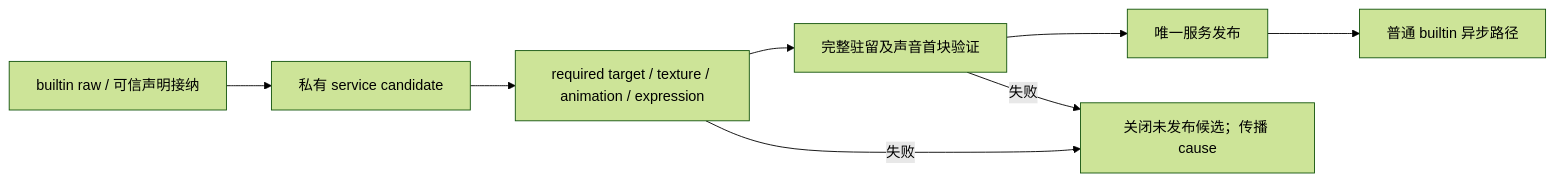
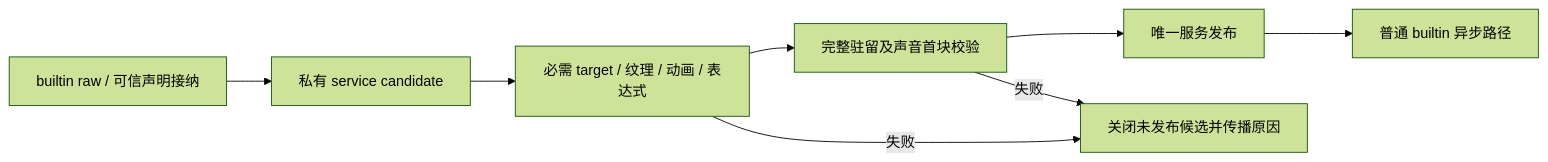
Before and after one commit to YesSteveModel/YesSteveModel: the diagram in docs/architecture/model-management/client-resources/default-model.md, drawn with Mermaid (forest theme). The commit also changed other lines of this file and 1109 other files, not shown here.

````diff
--- a/docs/architecture/model-management/client-resources/default-model.md
+++ b/docs/architecture/model-management/client-resources/default-model.md
@@ -27,10 +35,10 @@
 ```mermaid
 flowchart LR
     Raw["builtin raw / 可信声明接纳"] --> Private["私有 service candidate"]
-    Private --> Targets["required target / texture / animation / expression"]
-    Targets --> Resident["完整驻留及声音首块验证"]
+    Private --> Targets["必需 target / 纹理 / 动画 / 表达式"]
+    Targets --> Resident["完整驻留及声音首块校验"]
     Resident --> Service["唯一服务发布"]
-    Targets -- "失败" --> Close["关闭未发布候选；传播 cause"]
+    Targets -- "失败" --> Close["关闭未发布候选并传播原因"]
     Resident -- "失败" --> Close
     Service --> Optional["普通 builtin 异步路径"]
 ```
````
